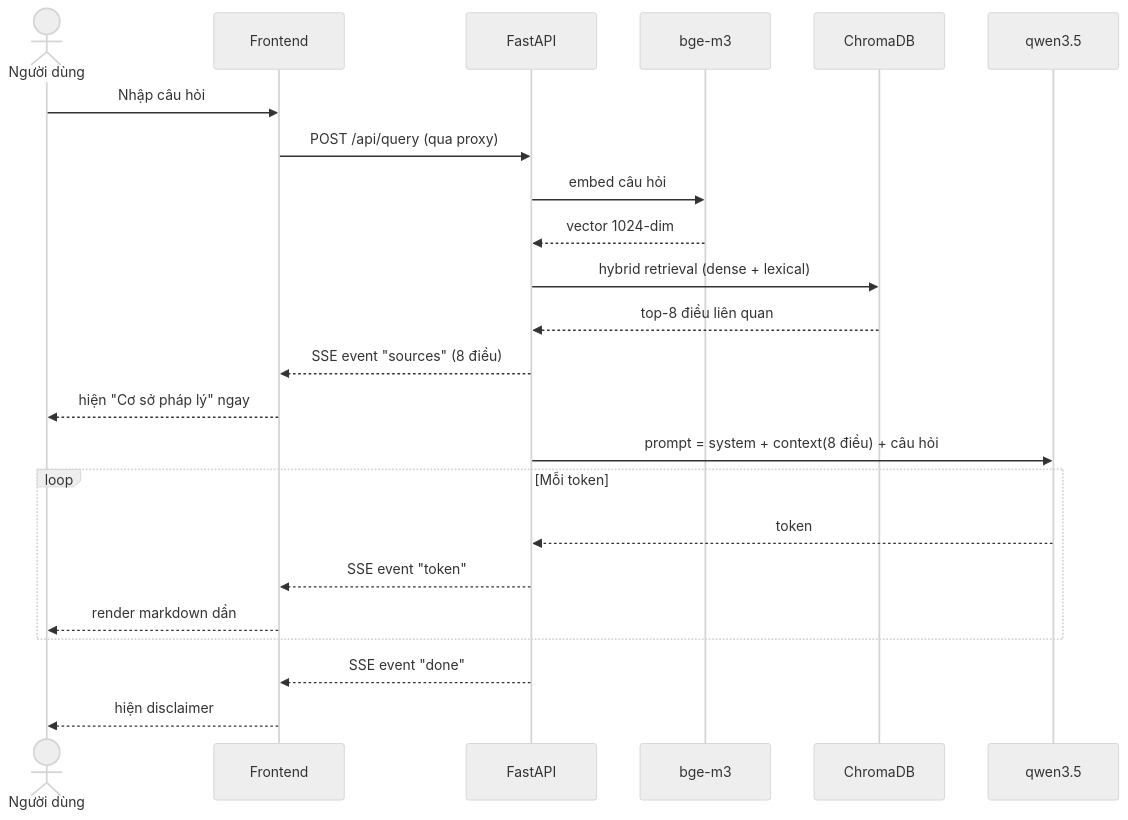
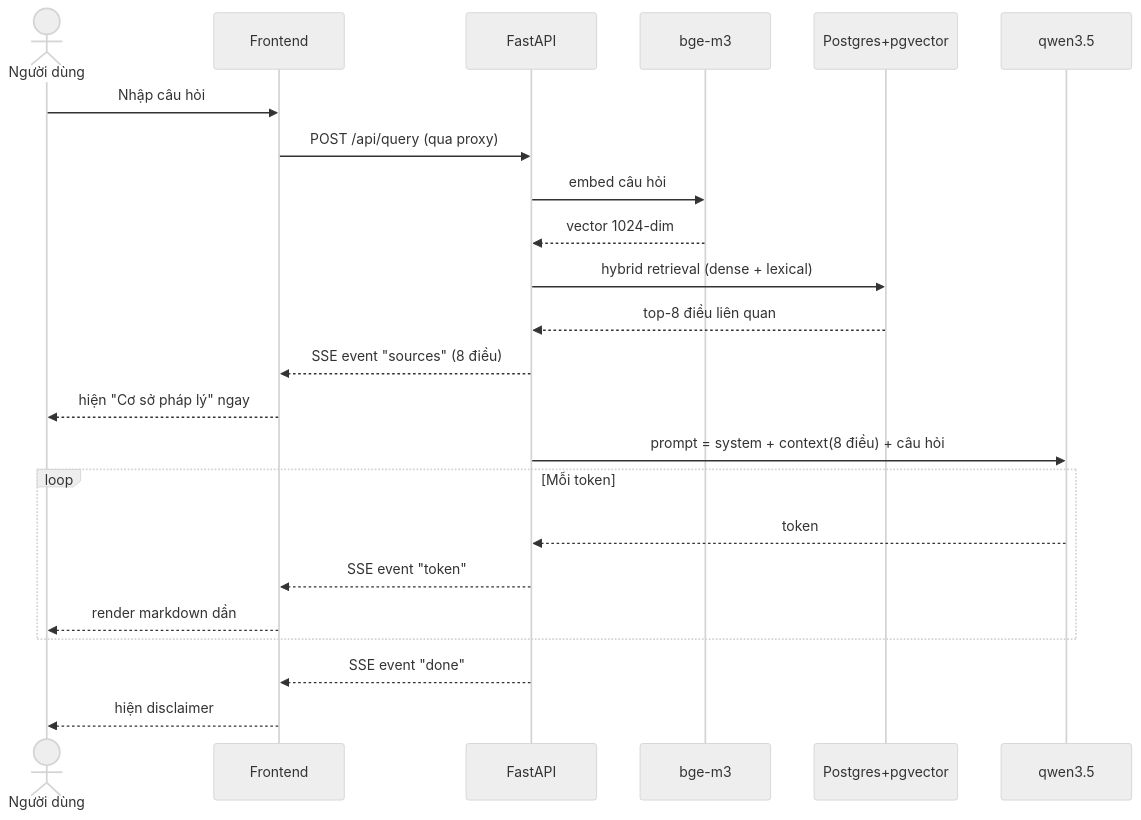
One commit to hoanghainh1188/vn-legal-ai-assistant changed the fourth of 5 diagrams in docs/architecture.md. Above: the diagram before and after it, drawn with Mermaid (neutral theme). The commit also changed other lines of this file and 31 other files, not shown here.

First line of the commit message:
feat(003): migrate kho vector ChromaDB → Postgres + pgvector (Pha 1)

````diff
--- a/docs/architecture.md
+++ b/docs/architecture.md
@@ -123,31 +126,31 @@
 ```mermaid
 sequenceDiagram
     actor User as Người dùng
     participant FE as Frontend
     participant API as FastAPI
     participant EMB as bge-m3
-    participant DB as ChromaDB
+    participant DB as Postgres+pgvector
     participant LLM as qwen3.5
 
     User->>FE: Nhập câu hỏi
     FE->>API: POST /api/query (qua proxy)
 
     API->>EMB: embed câu hỏi
     EMB-->>API: vector 1024-dim
 
     API->>DB: hybrid retrieval (dense + lexical)
     DB-->>API: top-8 điều liên quan
 
     API-->>FE: SSE event "sources" (8 điều)
     FE-->>User: hiện "Cơ sở pháp lý" ngay
 
     API->>LLM: prompt = system + context(8 điều) + câu hỏi
     loop Mỗi token
         LLM-->>API: token
         API-->>FE: SSE event "token"
         FE-->>User: render markdown dần
     end
 
     API-->>FE: SSE event "done"
     FE-->>User: hiện disclaimer
 ```
````
